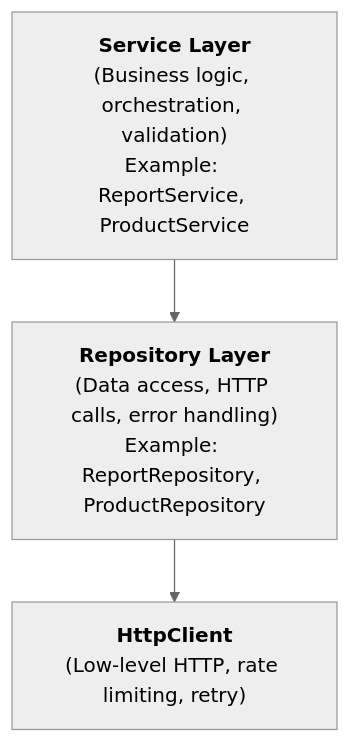
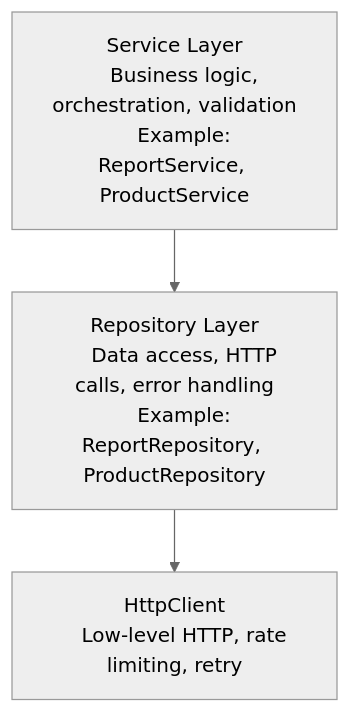
One commit to olreppe/pyWATS changed the second of 3 diagrams in docs/guides/architecture.md. Above: the diagram before and after it, drawn with Mermaid (neutral theme). The commit also changed other lines of this file and 3 other files, not shown here.

First line of the commit message:
Fix Mermaid syntax - remove HTML tags for better compatibility

````diff
--- a/docs/guides/architecture.md
+++ b/docs/guides/architecture.md
@@ -103,9 +121,16 @@
 ```mermaid
 flowchart TB
-    Service["<b>Service Layer</b><br/>(Business logic, orchestration, validation)<br/>Example: ReportService, ProductService"]
-    Repository["<b>Repository Layer</b><br/>(Data access, HTTP calls, error handling)<br/>Example: ReportRepository, ProductRepository"]
-    HttpClient["<b>HttpClient</b><br/>(Low-level HTTP, rate limiting, retry)"]
+    Service["Service Layer
+    Business logic, orchestration, validation
+    Example: ReportService, ProductService"]
+    
+    Repository["Repository Layer
+    Data access, HTTP calls, error handling
+    Example: ReportRepository, ProductRepository"]
+    
+    HttpClient["HttpClient
+    Low-level HTTP, rate limiting, retry"]
     
     Service --> Repository
     Repository --> HttpClient
 ```
````
